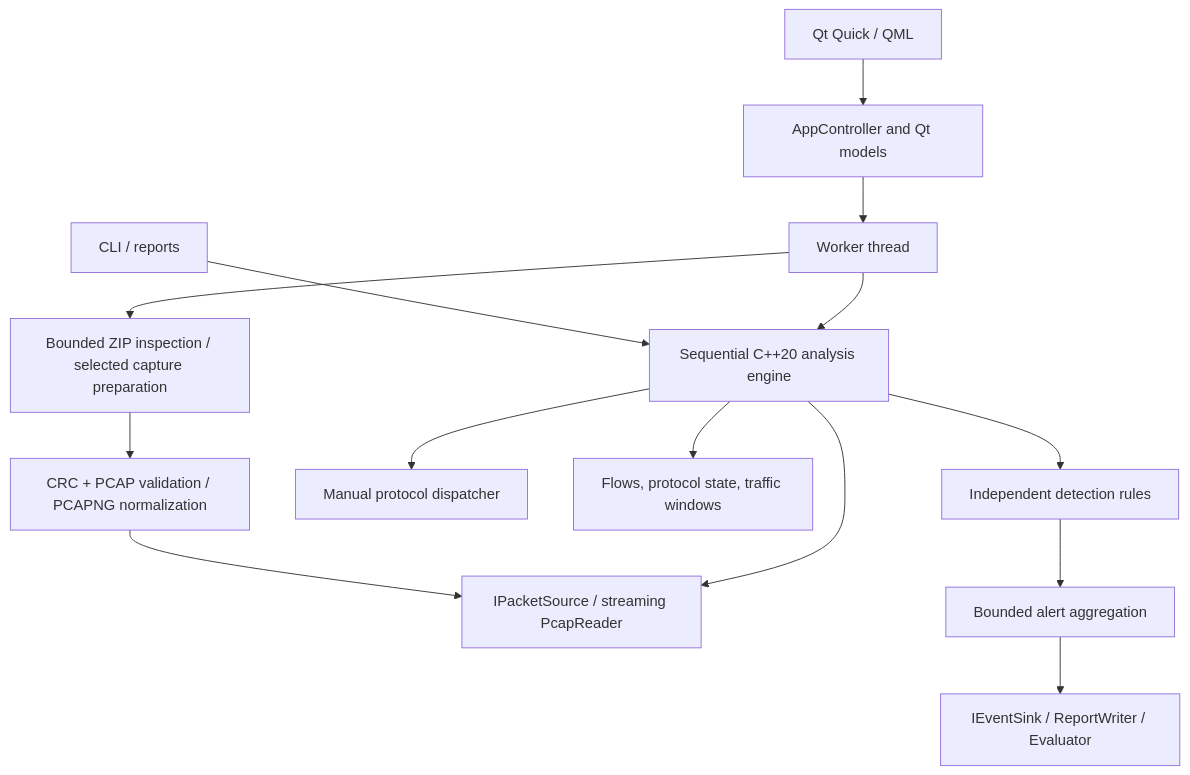
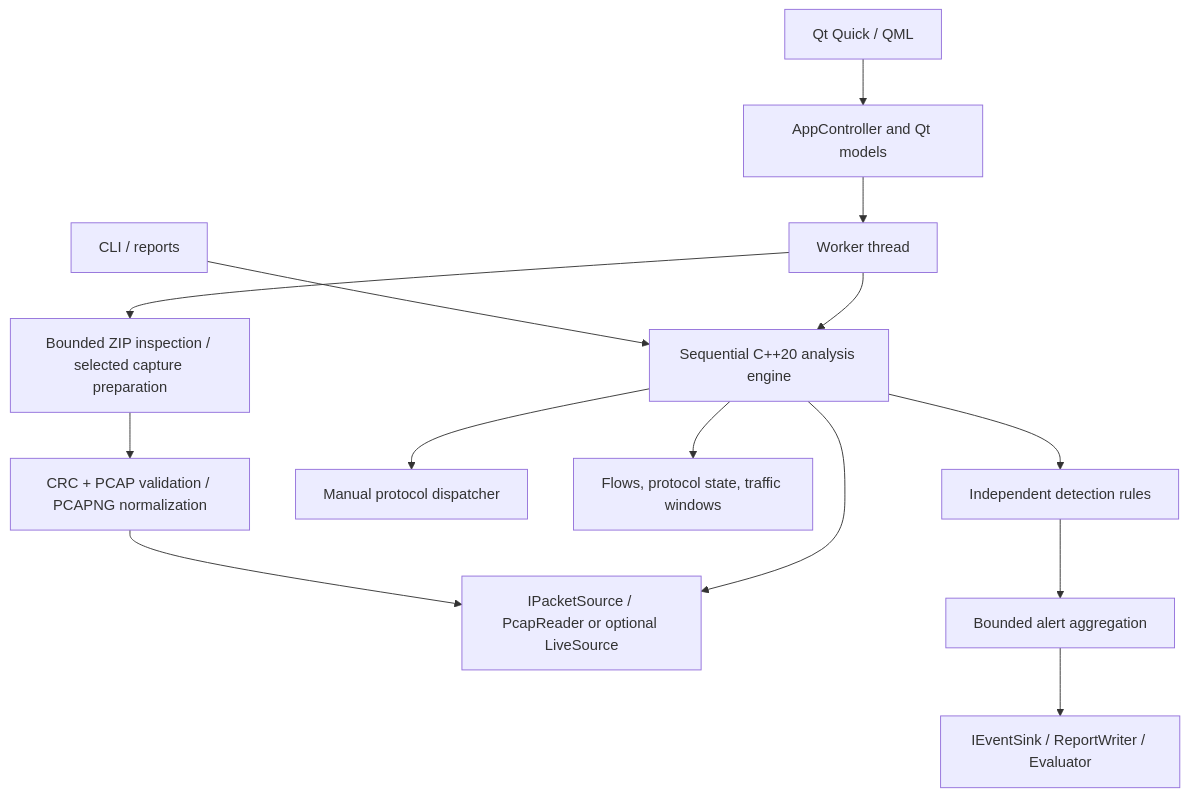
The diagram in docs/architecture.md (Kourosh37/mini-nids), drawn with Mermaid before and after one commit. The commit also changed other lines of this file and 118 other files, not shown here.

````diff
--- a/docs/architecture.md
+++ b/docs/architecture.md
@@ -3,16 +3,16 @@
 ```mermaid
 flowchart TD
     CLI[CLI / reports] --> Engine[Sequential C++20 analysis engine]
     QML[Qt Quick / QML] --> Controller[AppController and Qt models]
     Controller --> Worker[Worker thread]
     Worker --> Engine
     Worker --> ZIP[Bounded ZIP inspection / selected capture preparation]
     ZIP --> Normalize[CRC + PCAP validation / PCAPNG normalization]
     Normalize --> Source
-    Engine --> Source[IPacketSource / streaming PcapReader]
+    Engine --> Source[IPacketSource / PcapReader or optional LiveSource]
     Engine --> Decoder[Manual protocol dispatcher]
     Engine --> State[Flows, protocol state, traffic windows]
     Engine --> Rules[Independent detection rules]
     Rules --> Dedup[Bounded alert aggregation]
     Dedup --> Sink[IEventSink / ReportWriter / Evaluator]
 ```
````
